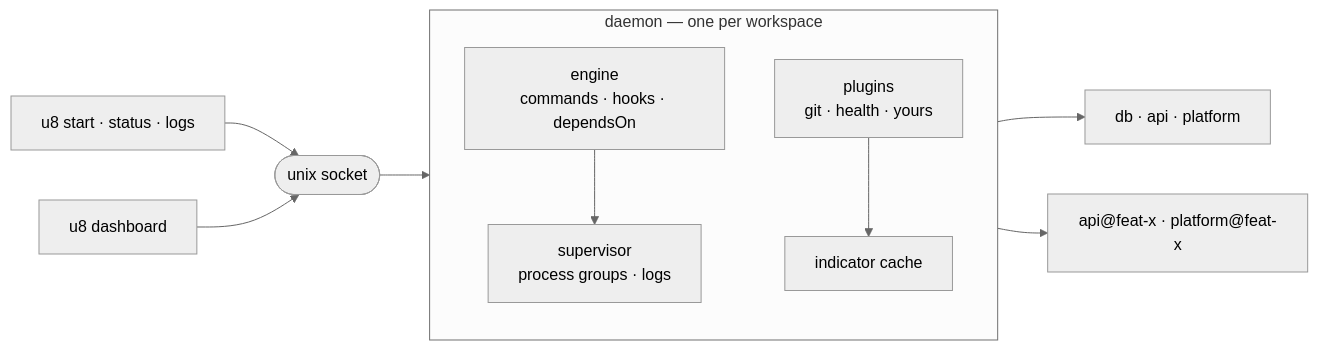
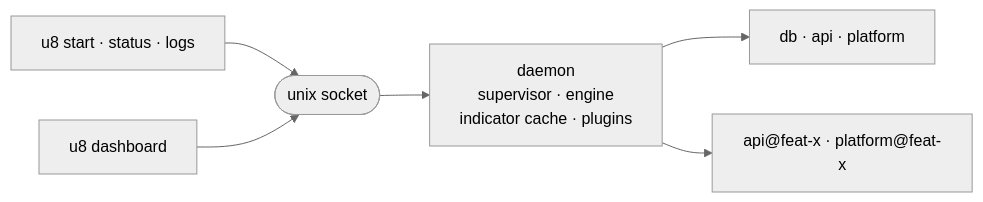
The diagram in README.md (nikrabaev/u8cli), drawn with Mermaid (neutral theme) before and after one commit. The commit also changed 1 other file, not shown here.

Commit message:
Re-record the README dashboard GIF without its setup lines
The first recording opened on the shell setup that was meant to stay off
screen: the command that put a locally built `u8` on PATH, and a failed
`clear`. A reader's first look at the tool was a wall of temp paths. The
setup now runs from a sourced script before capture starts, so the
recording opens on a clean prompt.

The daemon diagram is flattened to one row. Nested top-to-bottom inside
left-to-right, it rendered taller than the frame GitHub gives a diagram
and was cut off at the bottom.

````diff
--- a/README.md
+++ b/README.md
@@ -341,20 +341,8 @@
 ```mermaid
 flowchart LR
-    cli["u8 start · status · logs"]
-    tui["u8 dashboard"]
-    sock(["unix socket"])
-    subgraph daemon["daemon — one per workspace"]
-        direction TB
-        engine["engine<br/>commands · hooks · dependsOn"]
-        sup["supervisor<br/>process groups · logs"]
-        ind["indicator cache"]
-        plug["plugins<br/>git · health · yours"]
-        engine --> sup
-        plug --> ind
-    end
-    cli --> sock
-    tui --> sock
-    sock --> daemon
-    sup --> base["db · api · platform"]
-    sup --> inst["api@feat-x · platform@feat-x"]
+    cli["u8 start · status · logs"] --> sock(["unix socket"])
+    tui["u8 dashboard"] --> sock
+    sock --> daemon["daemon<br/>supervisor · engine<br/>indicator cache · plugins"]
+    daemon --> base["db · api · platform"]
+    daemon --> inst["api@feat-x · platform@feat-x"]
 ```
````
